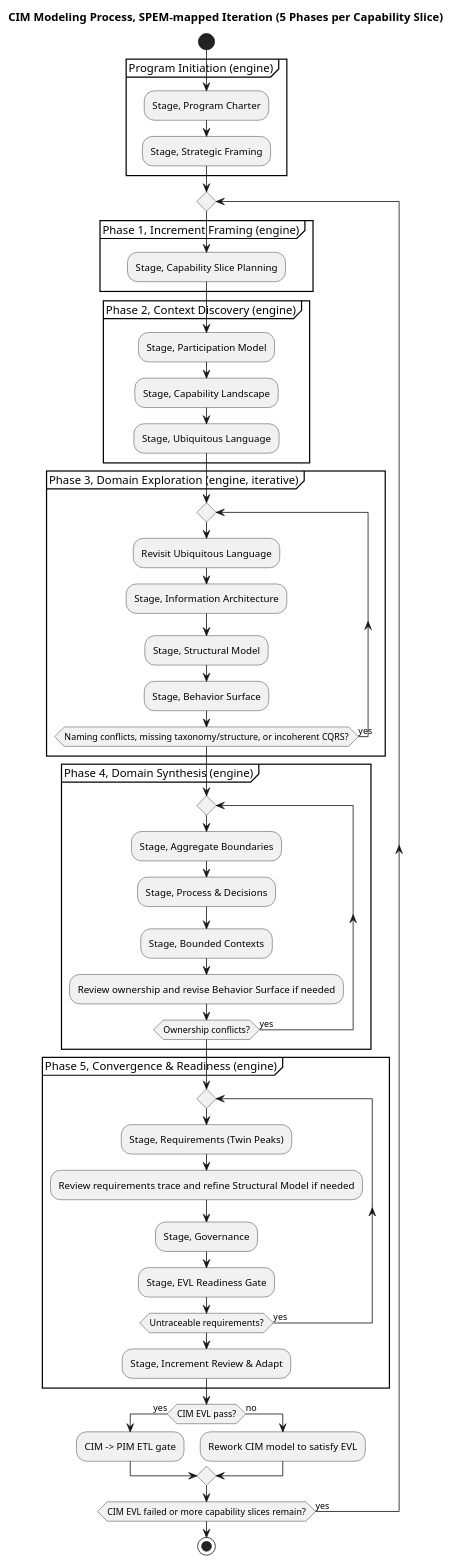
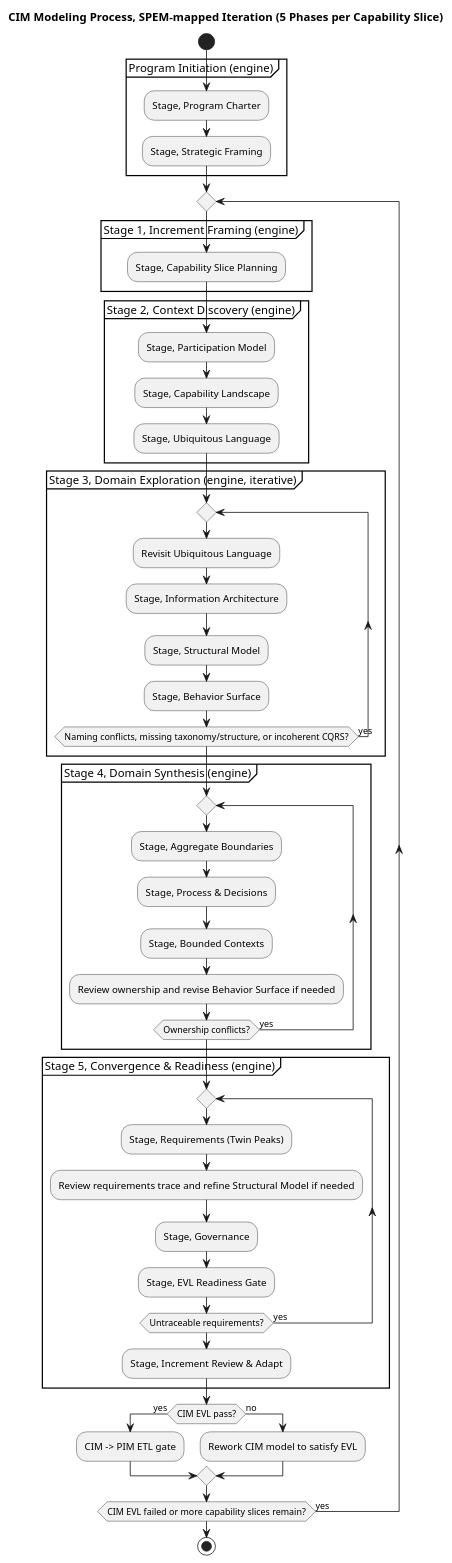
Before and after one commit to mehdieidi/modriss: the diagram in mde/process/spem/cim-process.activity.puml, drawn with PlantUML. The commit also changed 64 other files, not shown here.

```diff
--- a/mde/process/spem/cim-process.activity.puml
+++ b/mde/process/spem/cim-process.activity.puml
@@ -1,49 +1,49 @@
 @startuml cim-process
 title CIM Modeling Process, SPEM-mapped Iteration (5 Phases per Capability Slice)
 start
 partition "Program Initiation (engine)" {
   :Stage, Program Charter;
   :Stage, Strategic Framing;
 }
 repeat
-  partition "Phase 1, Increment Framing (engine)" {
+  partition "Stage 1, Increment Framing (engine)" {
     :Stage, Capability Slice Planning;
   }
-  partition "Phase 2, Context Discovery (engine)" {
+  partition "Stage 2, Context Discovery (engine)" {
     :Stage, Participation Model;
     :Stage, Capability Landscape;
     :Stage, Ubiquitous Language;
   }
-  partition "Phase 3, Domain Exploration (engine, iterative)" {
+  partition "Stage 3, Domain Exploration (engine, iterative)" {
     repeat
       :Revisit Ubiquitous Language;
       :Stage, Information Architecture;
       :Stage, Structural Model;
       :Stage, Behavior Surface;
     repeat while (Naming conflicts, missing taxonomy/structure, or incoherent CQRS?) is (yes)
   }
-  partition "Phase 4, Domain Synthesis (engine)" {
+  partition "Stage 4, Domain Synthesis (engine)" {
     repeat
       :Stage, Aggregate Boundaries;
       :Stage, Process & Decisions;
       :Stage, Bounded Contexts;
       :Review ownership and revise Behavior Surface if needed;
     repeat while (Ownership conflicts?) is (yes)
   }
-  partition "Phase 5, Convergence & Readiness (engine)" {
+  partition "Stage 5, Convergence & Readiness (engine)" {
     repeat
       :Stage, Requirements (Twin Peaks);
       :Review requirements trace and refine Structural Model if needed;
       :Stage, Governance;
       :Stage, EVL Readiness Gate;
     repeat while (Untraceable requirements?) is (yes)
     :Stage, Increment Review & Adapt;
   }
   if (CIM EVL pass?) then (yes)
     :CIM -> PIM ETL gate;
   else (no)
     :Rework CIM model to satisfy EVL;
   endif
 repeat while (CIM EVL failed or more capability slices remain?) is (yes)
 stop
 @enduml
```
